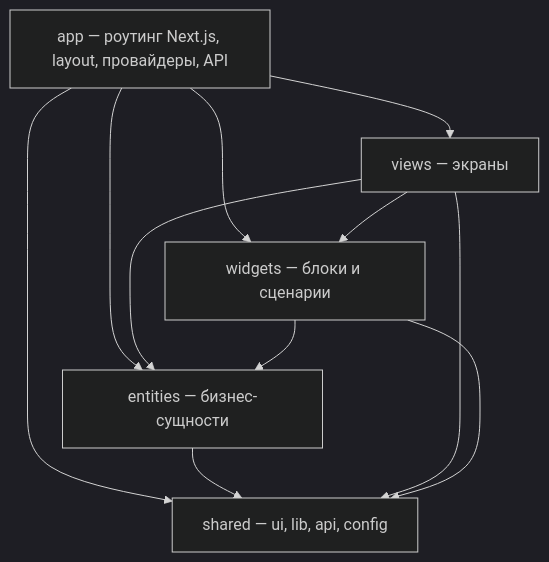
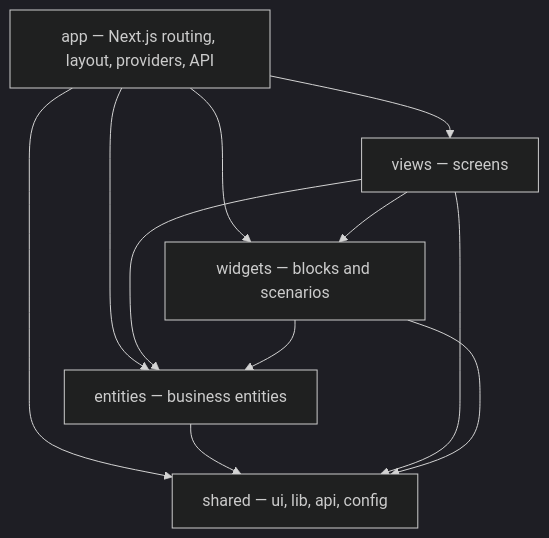
The first of 2 diagrams in docs/code-map.md (verkhoturov/freudin-website), drawn with Mermaid (dark theme) before and after one commit. The commit also changed other lines of this file and 74 other files, not shown here.

````diff
--- a/docs/code-map.md
+++ b/docs/code-map.md
@@ -34,19 +32,19 @@
 ```mermaid
 graph TB
-    App["app — роутинг Next.js, layout, провайдеры, API"]
-    Views["views — экраны"]
-    Widgets["widgets — блоки и сценарии"]
-    Entities["entities — бизнес-сущности"]
+    App["app — Next.js routing, layout, providers, API"]
+    Views["views — screens"]
+    Widgets["widgets — blocks and scenarios"]
+    Entities["entities — business entities"]
     Shared["shared — ui, lib, api, config"]
 
     App --> Views
     App --> Widgets
     App --> Entities
     App --> Shared
     Views --> Widgets
     Views --> Entities
     Widgets --> Entities
     Entities --> Shared
     Views --> Shared
     Widgets --> Shared
 ```
````
